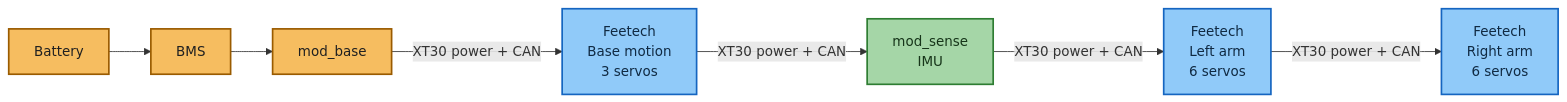
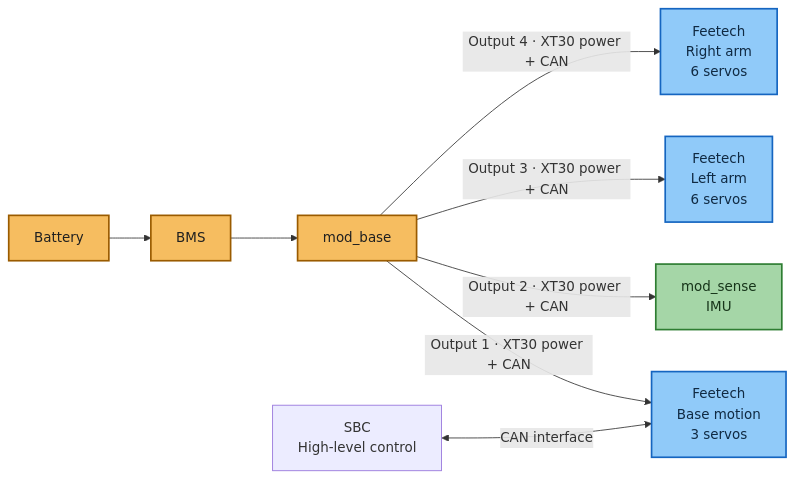
The first of 2 diagrams in README.md (cristidragomir97/project_common_ground), drawn with Mermaid before and after one commit. The commit also changed other lines of this file and 34 other files, not shown here.

````diff
--- a/README.md
+++ b/README.md
@@ -26,16 +26,17 @@
 ```mermaid
 flowchart LR
     BAT[Battery] --> BMS[BMS] --> BASE[mod_base]
-    BASE -->|XT30 power + CAN| FEET_BASE[Feetech<br/>Base motion<br/>3 servos]
-    FEET_BASE -->|XT30 power + CAN| SENSE[mod_sense<br/>IMU]
-    SENSE -->|XT30 power + CAN| FEET_LEFT[Feetech<br/>Left arm<br/>6 servos]
-    FEET_LEFT -->|XT30 power + CAN| FEET_RIGHT[Feetech<br/>Right arm<br/>6 servos]
+    BASE -->|Output 1 · XT30 power + CAN| FEET_BASE[Feetech<br/>Base motion<br/>3 servos]
+    BASE -->|Output 2 · XT30 power + CAN| SENSE[mod_sense<br/>IMU]
+    BASE -->|Output 3 · XT30 power + CAN| FEET_LEFT[Feetech<br/>Left arm<br/>6 servos]
+    BASE -->|Output 4 · XT30 power + CAN| FEET_RIGHT[Feetech<br/>Right arm<br/>6 servos]
+    SBC[SBC<br/>High-level control] <-->|CAN interface| FEET_BASE
 
     classDef base fill:#f6bd60,stroke:#9a5b00,color:#202020,stroke-width:2px;
     classDef feetech fill:#90caf9,stroke:#1565c0,color:#102a43,stroke-width:2px;
     classDef sense fill:#a5d6a7,stroke:#2e7d32,color:#17351a,stroke-width:2px;
     class BAT,BMS base;
     class BASE base;
     class FEET_BASE,FEET_LEFT,FEET_RIGHT feetech;
     class SENSE sense;
 ```
````
